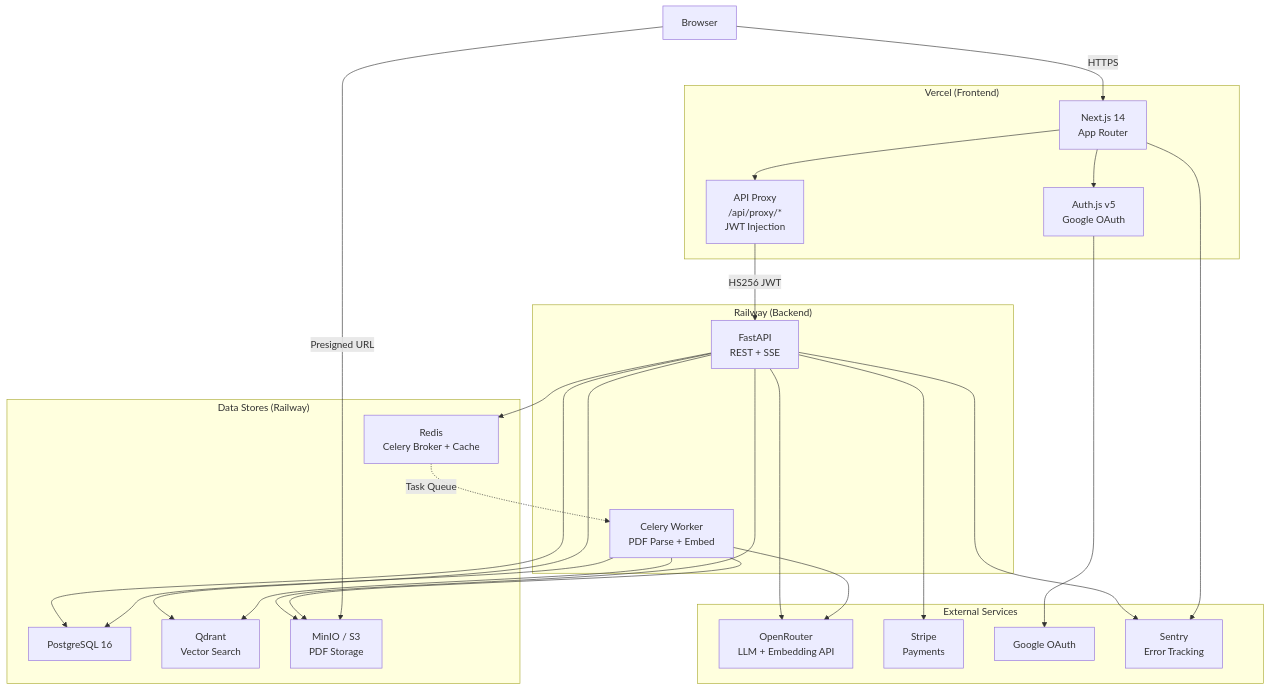
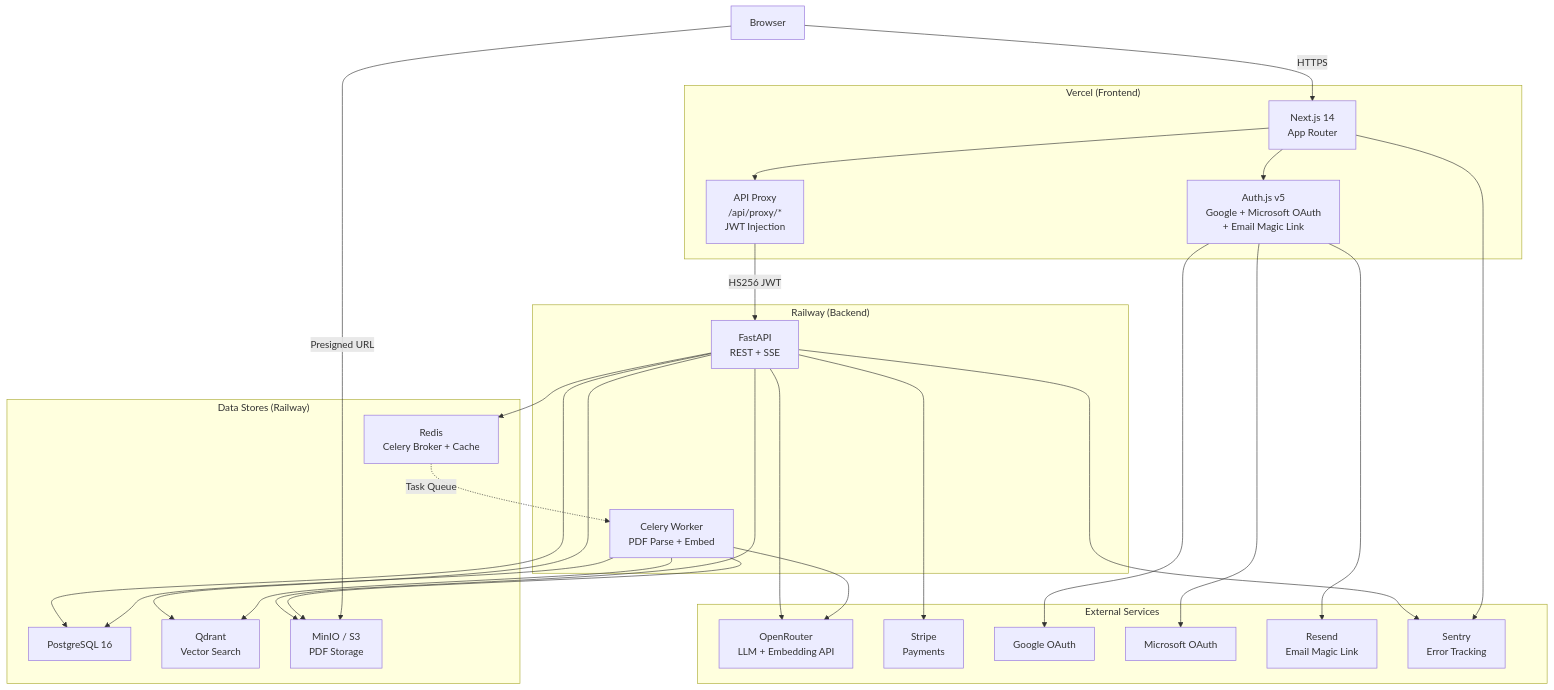
Before and after one commit to Rswcf/DocTalk: the first of 9 diagrams in docs/ARCHITECTURE.md, drawn with Mermaid. The commit also changed other lines of this file and 6 other files, not shown here.

First line of the commit message:
docs: update all docs for Microsoft OAuth + Email Magic Link

````diff
--- a/docs/ARCHITECTURE.md
+++ b/docs/ARCHITECTURE.md
@@ -11,49 +11,53 @@
 ```mermaid
 graph TB
     Browser["Browser"]
 
     subgraph Vercel["Vercel (Frontend)"]
         NextJS["Next.js 14<br/>App Router"]
-        AuthJS["Auth.js v5<br/>Google OAuth"]
+        AuthJS["Auth.js v5<br/>Google + Microsoft OAuth<br/>+ Email Magic Link"]
         Proxy["API Proxy<br/>/api/proxy/*<br/>JWT Injection"]
     end
 
     subgraph Railway["Railway (Backend)"]
         FastAPI["FastAPI<br/>REST + SSE"]
         Celery["Celery Worker<br/>PDF Parse + Embed"]
     end
 
     subgraph DataStores["Data Stores (Railway)"]
         PG["PostgreSQL 16"]
         Qdrant["Qdrant<br/>Vector Search"]
         Redis["Redis<br/>Celery Broker + Cache"]
         MinIO["MinIO / S3<br/>PDF Storage"]
     end
 
     subgraph External["External Services"]
         OpenRouter["OpenRouter<br/>LLM + Embedding API"]
         Stripe["Stripe<br/>Payments"]
         Google["Google OAuth"]
+        Microsoft["Microsoft OAuth"]
+        Resend["Resend<br/>Email Magic Link"]
         Sentry["Sentry<br/>Error Tracking"]
     end
 
     Browser -->|HTTPS| NextJS
     NextJS --> AuthJS
     NextJS --> Proxy
     Proxy -->|HS256 JWT| FastAPI
     FastAPI --> PG
     FastAPI --> Qdrant
     FastAPI --> Redis
     FastAPI --> MinIO
     FastAPI --> OpenRouter
     FastAPI --> Stripe
     Celery --> PG
     Celery --> Qdrant
     Celery --> MinIO
     Celery --> OpenRouter
     Redis -.->|Task Queue| Celery
     AuthJS --> Google
+    AuthJS --> Microsoft
+    AuthJS --> Resend
     FastAPI --> Sentry
     NextJS --> Sentry
     Browser -->|Presigned URL| MinIO
 ```
````
